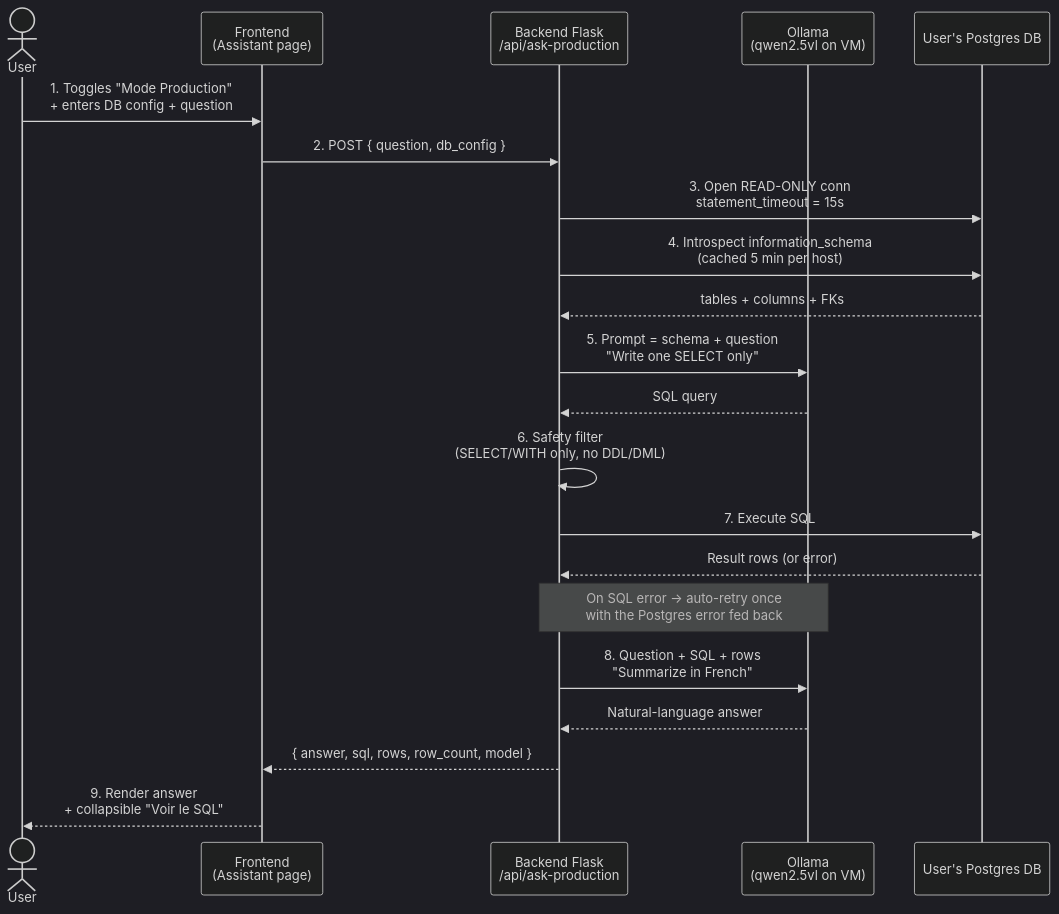
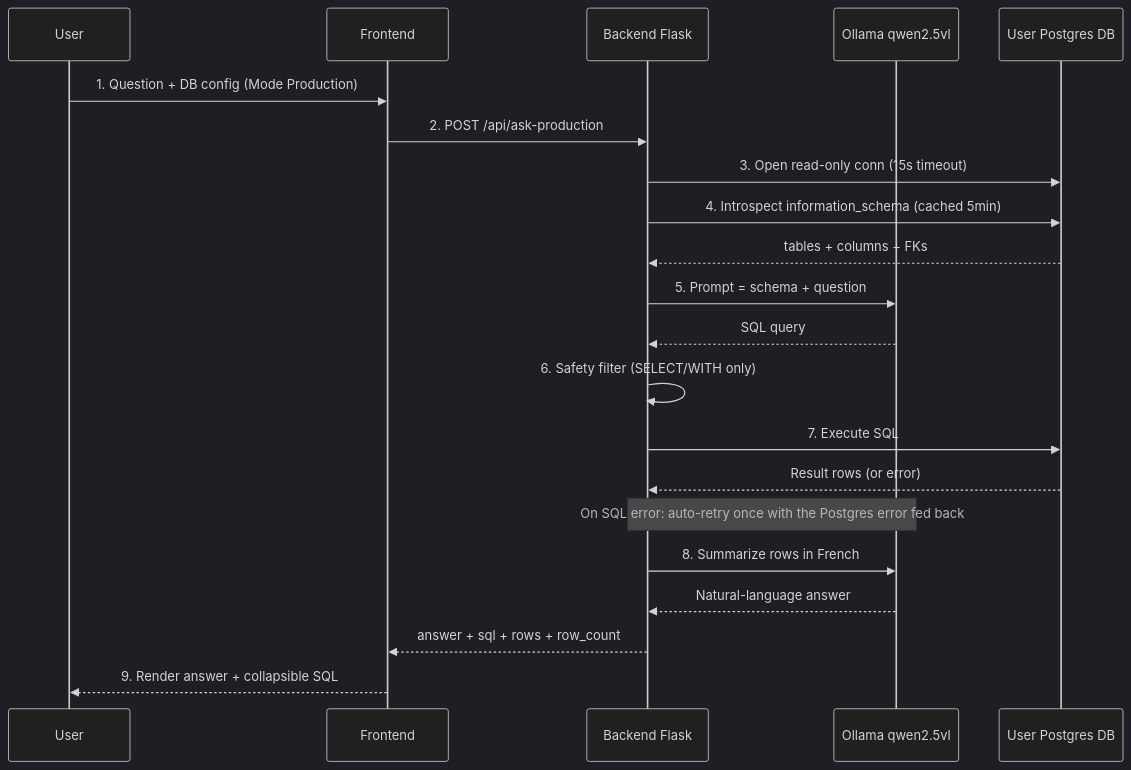
Before and after one commit to OranextAI/CogniFactory: the first of 2 diagrams in backend/API.md, drawn with Mermaid (dark theme). The commit also changed other lines of this file, not shown here.

First line of the commit message:
docs: fix Mermaid diagrams for v8.8.0 compatibility

````diff
--- a/backend/API.md
+++ b/backend/API.md
@@ -373,24 +373,24 @@
 ```mermaid
 sequenceDiagram
-    actor U as User
-    participant FE as Frontend<br/>(Assistant page)
-    participant API as Backend Flask<br/>/api/ask-production
-    participant OL as Ollama<br/>(qwen2.5vl on VM)
-    participant PG as User's Postgres DB
+    participant U as User
+    participant FE as Frontend
+    participant API as Backend Flask
+    participant OL as Ollama qwen2.5vl
+    participant PG as User Postgres DB
 
-    U->>FE: 1. Toggles "Mode Production"<br/>+ enters DB config + question
-    FE->>API: 2. POST { question, db_config }
-    API->>PG: 3. Open READ-ONLY conn<br/>statement_timeout = 15s
-    API->>PG: 4. Introspect information_schema<br/>(cached 5 min per host)
+    U->>FE: 1. Question + DB config (Mode Production)
+    FE->>API: 2. POST /api/ask-production
+    API->>PG: 3. Open read-only conn (15s timeout)
+    API->>PG: 4. Introspect information_schema (cached 5min)
     PG-->>API: tables + columns + FKs
-    API->>OL: 5. Prompt = schema + question<br/>"Write one SELECT only"
+    API->>OL: 5. Prompt = schema + question
     OL-->>API: SQL query
-    API->>API: 6. Safety filter<br/>(SELECT/WITH only, no DDL/DML)
+    API->>API: 6. Safety filter (SELECT/WITH only)
     API->>PG: 7. Execute SQL
     PG-->>API: Result rows (or error)
-    Note over API,OL: On SQL error → auto-retry once<br/>with the Postgres error fed back
-    API->>OL: 8. Question + SQL + rows<br/>"Summarize in French"
+    Note over API,OL: On SQL error: auto-retry once with the Postgres error fed back
+    API->>OL: 8. Summarize rows in French
     OL-->>API: Natural-language answer
-    API-->>FE: { answer, sql, rows, row_count, model }
-    FE-->>U: 9. Render answer<br/>+ collapsible "Voir le SQL"
+    API-->>FE: answer + sql + rows + row_count
+    FE-->>U: 9. Render answer + collapsible SQL
 ```
````
